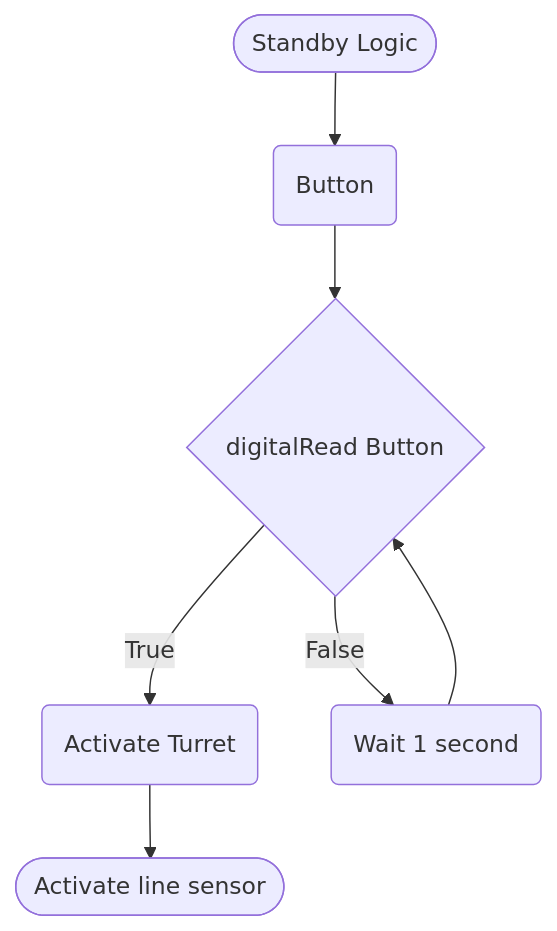
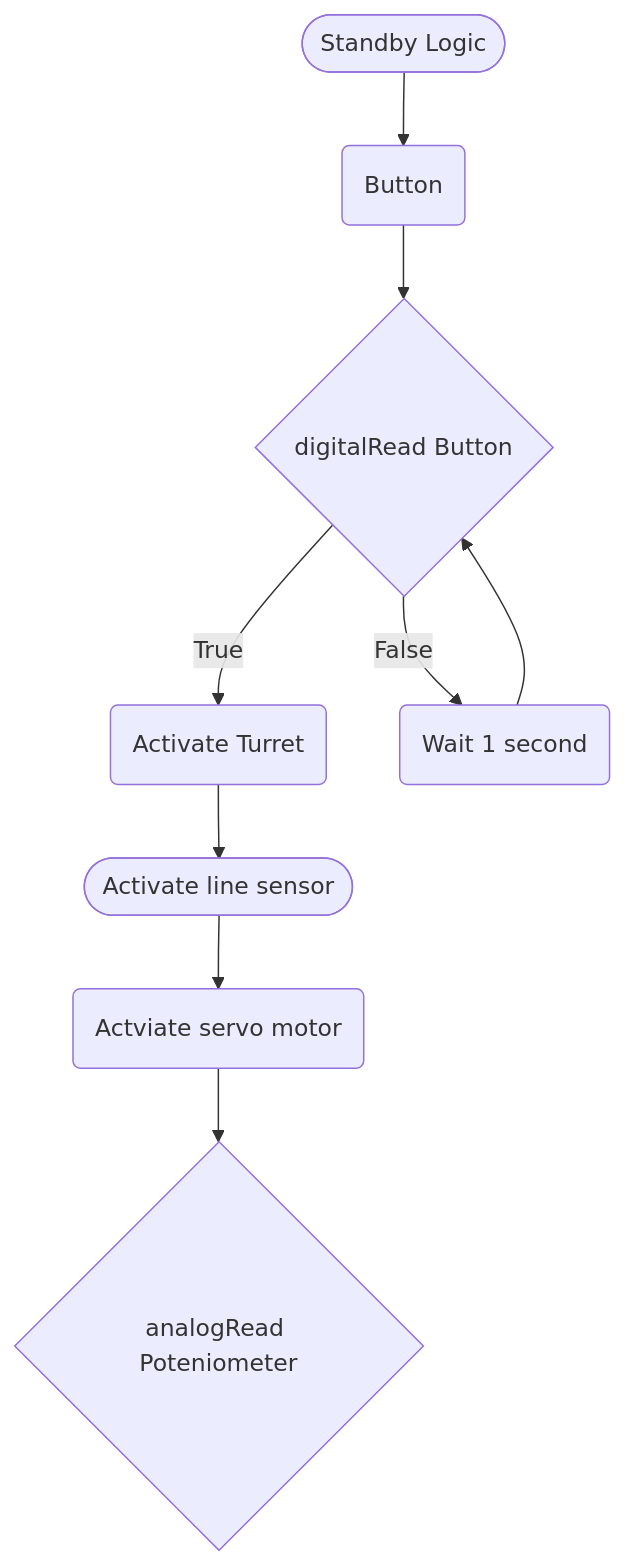
Before and after one commit to Zac2259/Smart-Turret: the first of 3 diagrams in logic.md, drawn with Mermaid.

````diff
--- a/logic.md
+++ b/logic.md
@@ -3,16 +3,20 @@
  ```mermaid
  flowchart TD
  %%standby logic
+ activateserv(Actviate servo motor)
+ReadPo{analogRead Poteniometer}
 terminalStart1([Standby Logic])
  terminalEnd1([Activate line sensor])
  Button(Button)
 Buttontrigger{digitalRead Button}
 activateturret(Activate Turret)
 loop(Wait 1 second)
 terminalStart1 --> Button
 Button --> Buttontrigger
 Buttontrigger --> |True| activateturret
 activateturret --> terminalEnd1
 Buttontrigger --> |False| loop
 loop -->Buttontrigger
+terminalEnd1 --> activateserv
+activateserv --> ReadPo
 ```
````
